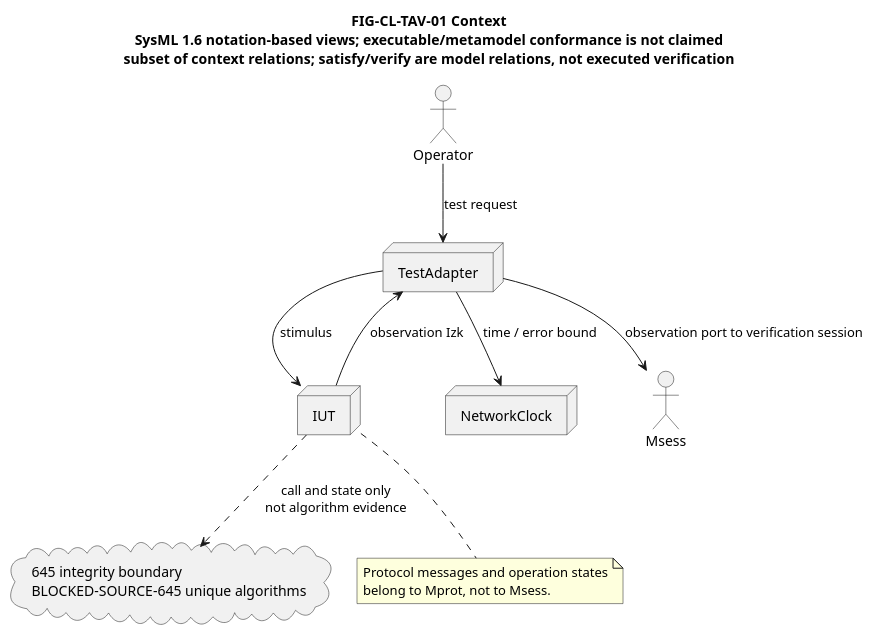
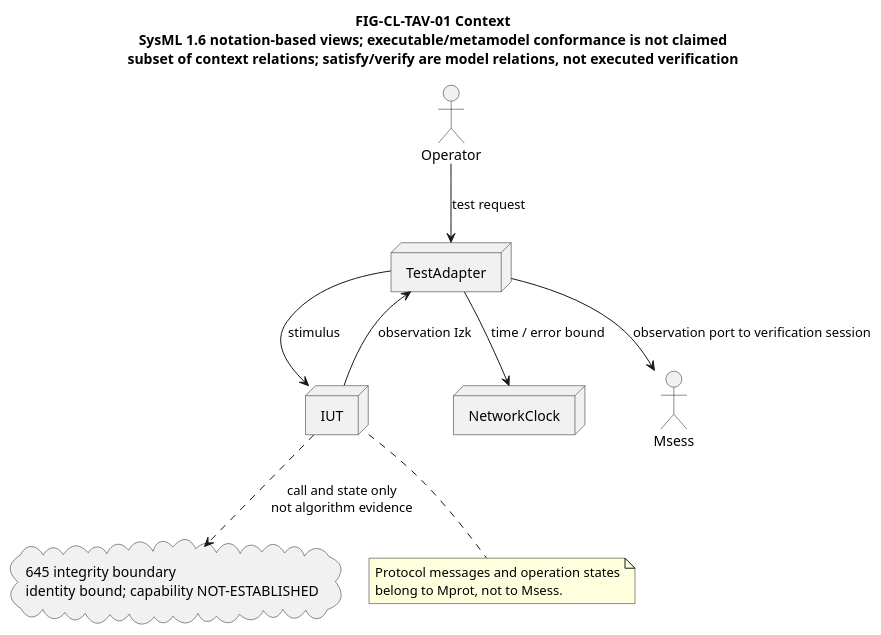
The diagram in docs/research/publication/models/FIG-CL-TAV-01-context.puml (ZhangChi0727/arinc-615a-conformance), drawn with PlantUML before and after one commit. The commit also changed 14 other files, not shown here.

First line of the commit message:
docs: specify CL-TAV top-level algorithm, contracts, and experiment architecture

```diff
--- a/docs/research/publication/models/FIG-CL-TAV-01-context.puml
+++ b/docs/research/publication/models/FIG-CL-TAV-01-context.puml
@@ -1,21 +1,21 @@
 @startuml FIG-CL-TAV-01
 skinparam shadowing false
 title FIG-CL-TAV-01 Context\nSysML 1.6 notation-based views; executable/metamodel conformance is not claimed\nsubset of context relations; satisfy/verify are model relations, not executed verification
 
 actor Operator
 node TestAdapter
 node IUT
 node NetworkClock
-cloud Integrity645 as "645 integrity boundary\nBLOCKED-SOURCE-645 unique algorithms"
+cloud Integrity645 as "645 integrity boundary\nidentity bound; capability NOT-ESTABLISHED"
 
 Operator --> TestAdapter : test request
 TestAdapter --> IUT : stimulus
 IUT --> TestAdapter : observation Izk
 TestAdapter --> NetworkClock : time / error bound
 IUT ..> Integrity645 : call and state only\nnot algorithm evidence
 TestAdapter --> Msess : observation port to verification session
 note bottom of IUT
   Protocol messages and operation states
   belong to Mprot, not to Msess.
 end note
 @enduml
```
